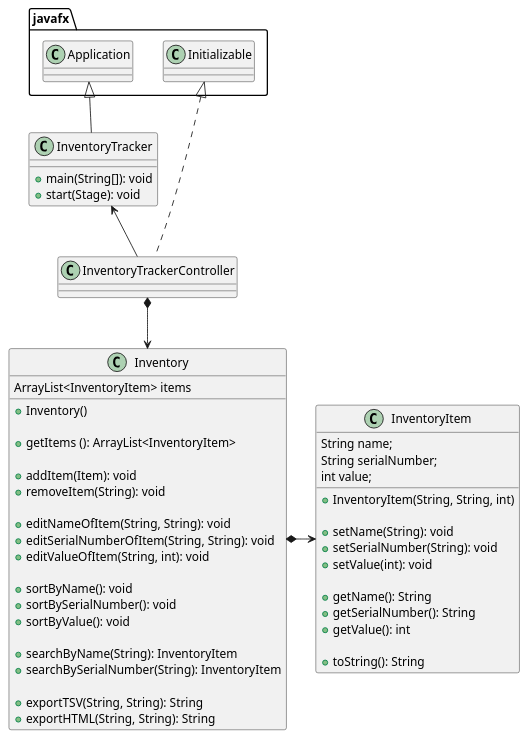
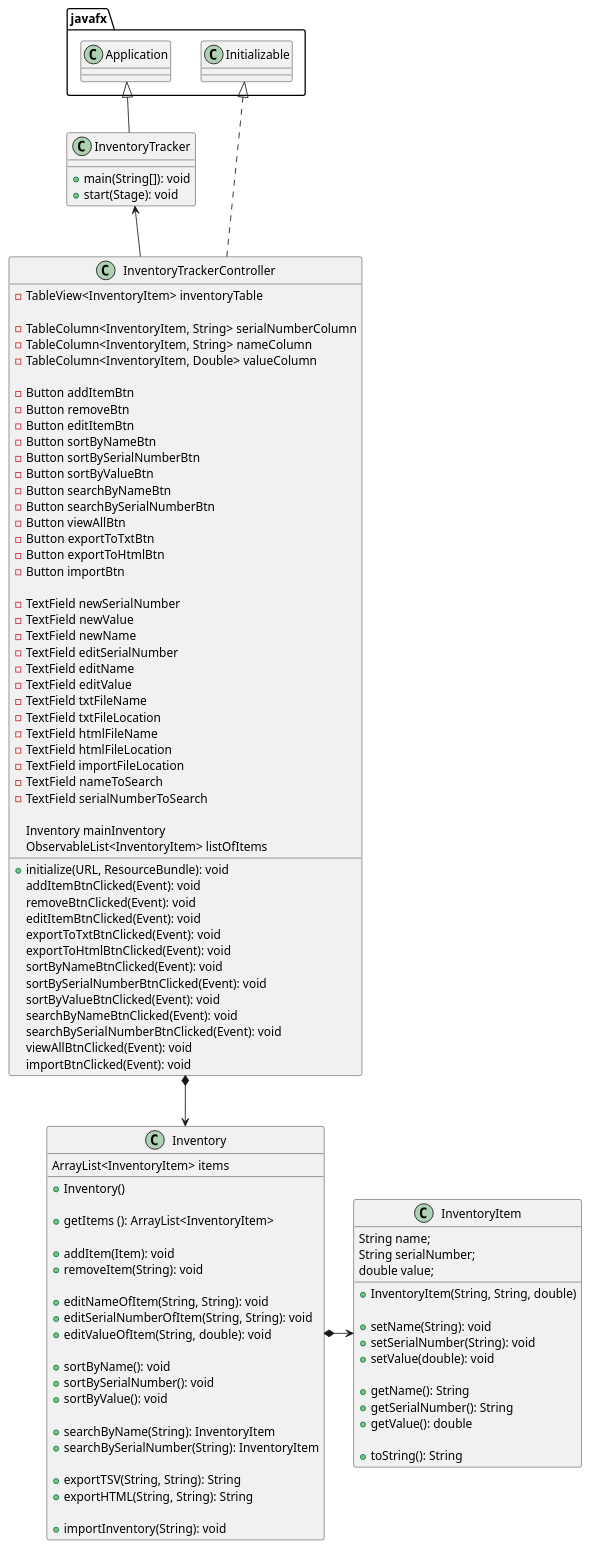
Before and after one commit to josevalen2001/valencia-3105-a5: the diagram in uml/ProjectDiagram.puml, drawn with PlantUML. The commit also changed 5 other files, not shown here.

Commit message:
FXML and UML Updated some code and tests.

```diff
--- a/uml/ProjectDiagram.puml
+++ b/uml/ProjectDiagram.puml
@@ -1,60 +1,113 @@
 @startuml
 'https://plantuml.com/class-diagram
 
 class InventoryTracker {
     + main(String[]): void
     + start(Stage): void
 }
 
-class InventoryTrackerController {}
+class InventoryTrackerController {
+
+     - TableView<InventoryItem> inventoryTable
+
+     - TableColumn<InventoryItem, String> serialNumberColumn
+     - TableColumn<InventoryItem, String> nameColumn
+     - TableColumn<InventoryItem, Double> valueColumn
+
+     - Button addItemBtn
+     - Button removeBtn
+     - Button editItemBtn
+     - Button sortByNameBtn
+     - Button sortBySerialNumberBtn
+     - Button sortByValueBtn
+     - Button searchByNameBtn
+     - Button searchBySerialNumberBtn
+     - Button viewAllBtn
+     - Button exportToTxtBtn
+     - Button exportToHtmlBtn
+     - Button importBtn
+
+     - TextField newSerialNumber
+     - TextField newValue
+     - TextField newName
+     - TextField editSerialNumber
+     - TextField editName
+     - TextField editValue
+     - TextField txtFileName
+     - TextField txtFileLocation
+     - TextField htmlFileName
+     - TextField htmlFileLocation
+     - TextField importFileLocation
+     - TextField nameToSearch
+     - TextField serialNumberToSearch
+
+     Inventory mainInventory
+     ObservableList<InventoryItem> listOfItems
+
+     +initialize(URL, ResourceBundle): void
+     addItemBtnClicked(Event): void
+     removeBtnClicked(Event): void
+     editItemBtnClicked(Event): void
+     exportToTxtBtnClicked(Event): void
+     exportToHtmlBtnClicked(Event): void
+     sortByNameBtnClicked(Event): void
+     sortBySerialNumberBtnClicked(Event): void
+     sortByValueBtnClicked(Event): void
+     searchByNameBtnClicked(Event): void
+     searchBySerialNumberBtnClicked(Event): void
+     viewAllBtnClicked(Event): void
+     importBtnClicked(Event): void
+}
 
 class Inventory {
     ArrayList<InventoryItem> items
 
     + Inventory()
 
     + getItems (): ArrayList<InventoryItem>
 
     + addItem(Item): void
     + removeItem(String): void
 
     + editNameOfItem(String, String): void
     + editSerialNumberOfItem(String, String): void
-    + editValueOfItem(String, int): void
+    + editValueOfItem(String, double): void
 
     + sortByName(): void
     + sortBySerialNumber(): void
     + sortByValue(): void
 
     + searchByName(String): InventoryItem
     + searchBySerialNumber(String): InventoryItem
 
     + exportTSV(String, String): String
     + exportHTML(String, String): String
+
+    + importInventory(String): void
 }
 
 class InventoryItem {
     String name;
     String serialNumber;
-    int value;
+    double value;
 
-    + InventoryItem(String, String, int)
+    + InventoryItem(String, String, double)
 
     + setName(String): void
     + setSerialNumber(String): void
-    + setValue(int): void
+    + setValue(double): void
 
     + getName(): String
     + getSerialNumber(): String
-    + getValue(): int
+    + getValue(): double
 
     + toString(): String
 }
 
 javafx.Application <|-- InventoryTracker
 javafx.Initializable <|... InventoryTrackerController
 InventoryTracker <-- InventoryTrackerController
 InventoryTrackerController *--> Inventory
 Inventory *-> InventoryItem
 
 @enduml
```
